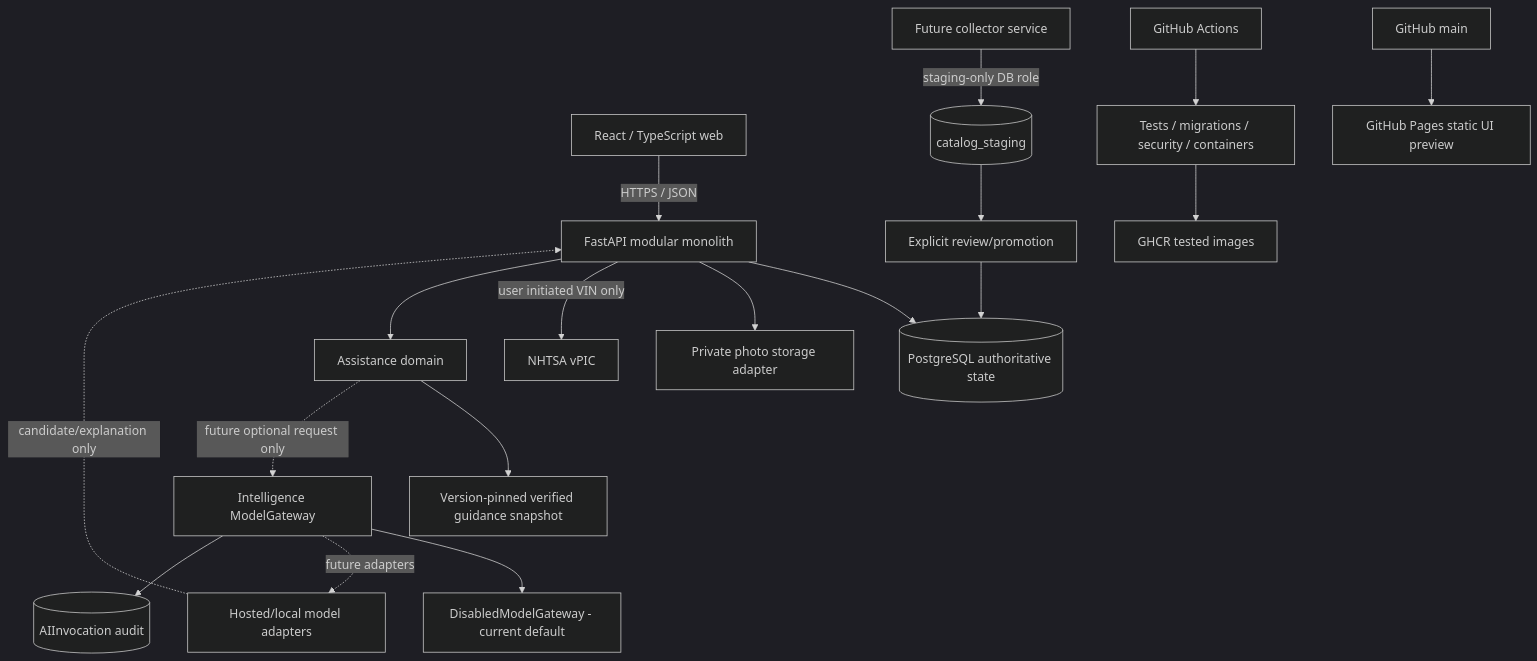
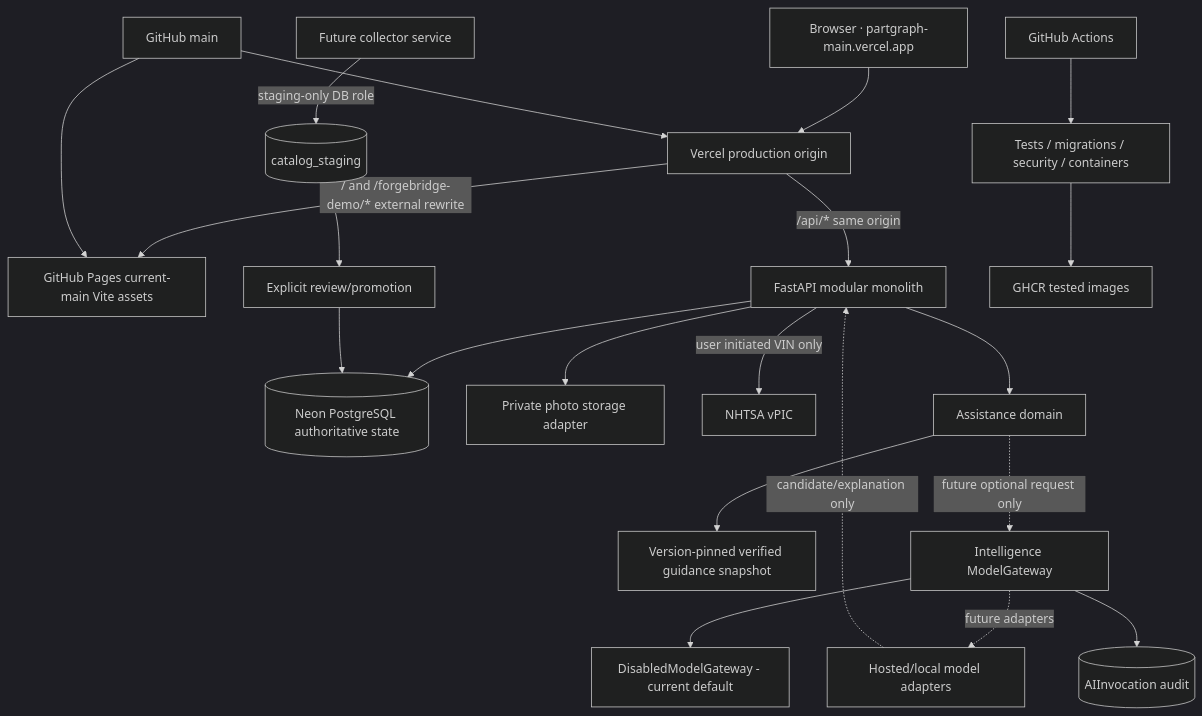
The seventh of 10 diagrams in docs/PARTGRAPH_SYSTEM_UML.md (Vivek-k24/forgebridge-demo), drawn with Mermaid (dark theme) before and after one commit. The commit also changed other lines of this file, not shown here.

Commit message:
Map production web runtime in system UML

````diff
--- a/docs/PARTGRAPH_SYSTEM_UML.md
+++ b/docs/PARTGRAPH_SYSTEM_UML.md
@@ -278,23 +278,26 @@
 ```mermaid
 flowchart TB
-    BROWSER[React / TypeScript web] -->|HTTPS / JSON| API[FastAPI modular monolith]
-    API --> PG[(PostgreSQL authoritative state)]
+    BROWSER[Browser · partgraph-main.vercel.app] --> VERCEL[Vercel production origin]
+    VERCEL -->|/ and /forgebridge-demo/* external rewrite| PAGES[GitHub Pages current-main Vite assets]
+    VERCEL -->|/api/* same origin| API[FastAPI modular monolith]
+    API --> PG[(Neon PostgreSQL authoritative state)]
     API --> MEDIA[Private photo storage adapter]
     API -->|user initiated VIN only| NHTSA[NHTSA vPIC]
 
     API --> ASSIST[Assistance domain]
     ASSIST --> VERIFIED[Version-pinned verified guidance snapshot]
     ASSIST -. future optional request only .-> GATEWAY[Intelligence ModelGateway]
     GATEWAY --> DISABLED[DisabledModelGateway - current default]
     GATEWAY -. future adapters .-> MODELS[Hosted/local model adapters]
     MODELS -. candidate/explanation only .-> API
     GATEWAY --> AUDIT[(AIInvocation audit)]
 
     COLLECTOR[Future collector service] -->|staging-only DB role| STAGING[(catalog_staging)]
     STAGING --> PROMOTE[Explicit review/promotion]
     PROMOTE --> PG
 
     CI[GitHub Actions] --> TEST[Tests / migrations / security / containers]
     TEST --> GHCR[GHCR tested images]
-    MAIN[GitHub main] --> PAGES[GitHub Pages static UI preview]
+    MAIN[GitHub main] --> PAGES
+    MAIN --> VERCEL
 ```
````
